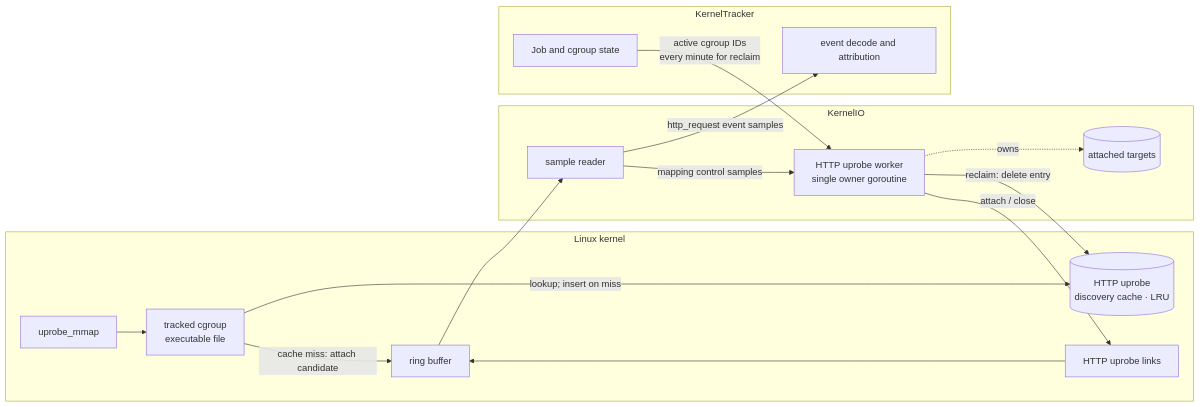
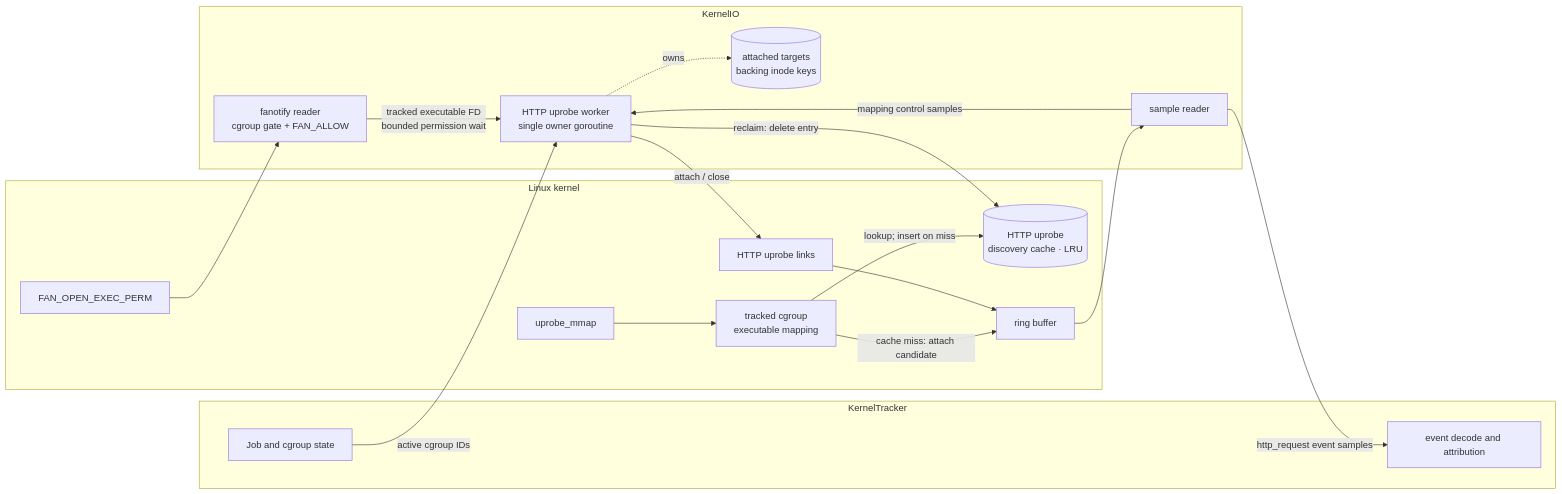
The first of 4 diagrams in docs/developer-guide/ebpf/http-uprobes.md (cicd-sensor/cicd-sensor), drawn with Mermaid before and after one commit. The commit also changed other lines of this file and 22 other files, not shown here.

````diff
--- a/docs/developer-guide/ebpf/http-uprobes.md
+++ b/docs/developer-guide/ebpf/http-uprobes.md
@@ -43,33 +43,37 @@
 ```mermaid
 flowchart LR
     subgraph KERNEL["Linux kernel"]
+        EXEC["FAN_OPEN_EXEC_PERM"]
         MMAP["uprobe_mmap"]
-        FILTER["tracked cgroup<br/>executable file"]
+        FILTER["tracked cgroup<br/>executable mapping"]
         CACHE[("HTTP uprobe<br/>discovery cache · LRU")]
         LINKS["HTTP uprobe links"]
         EVENTS["ring buffer"]
         MMAP --> FILTER
         FILTER -->|"lookup; insert on miss"| CACHE
         FILTER -->|"cache miss: attach candidate"| EVENTS
         LINKS --> EVENTS
     end
 
     subgraph KIO["KernelIO"]
+        FAN["fanotify reader<br/>cgroup gate + FAN_ALLOW"]
         READER["sample reader"]
         WORKER["HTTP uprobe worker<br/>single owner goroutine"]
-        TARGETS[("attached targets")]
+        TARGETS[("attached targets<br/>backing inode keys")]
+        EXEC --> FAN
+        FAN -->|"tracked executable FD<br/>bounded permission wait"| WORKER
         READER -->|"mapping control samples"| WORKER
         WORKER -.->|"owns"| TARGETS
     end
 
     subgraph KT["KernelTracker"]
         CGROUPS["Job and cgroup state"]
         DECODE["event decode and attribution"]
     end
 
     EVENTS --> READER
     WORKER -->|"attach / close"| LINKS
     WORKER -->|"reclaim: delete entry"| CACHE
-    CGROUPS -->|"active cgroup IDs<br/>every minute for reclaim"| WORKER
+    CGROUPS -->|"active cgroup IDs"| WORKER
     READER -->|"http_request event samples"| DECODE
 ```
````
